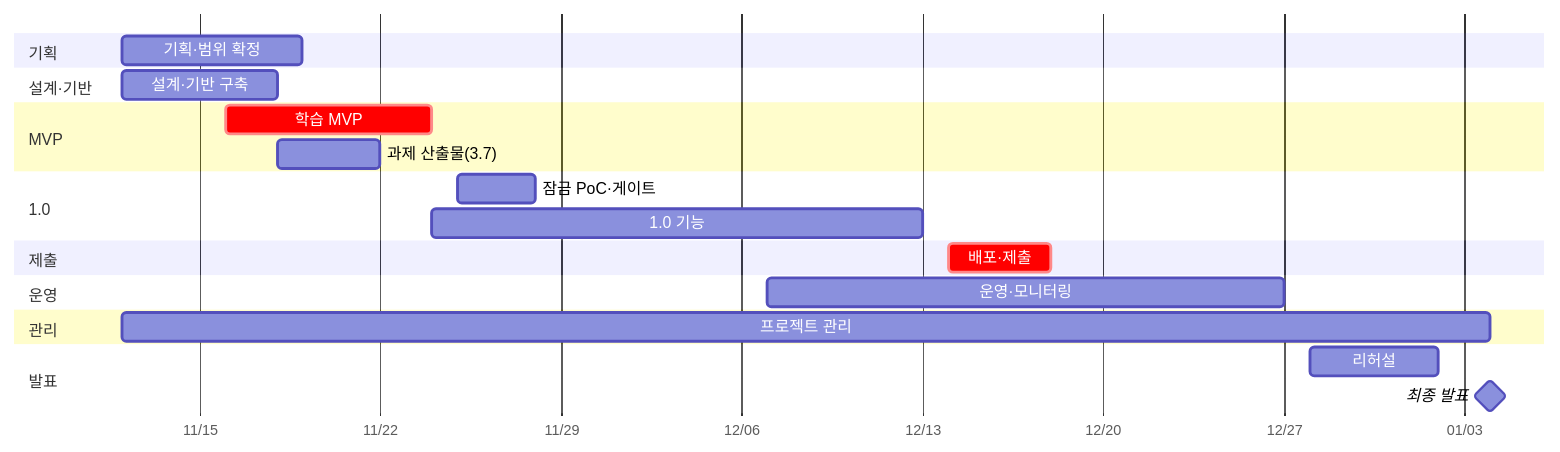
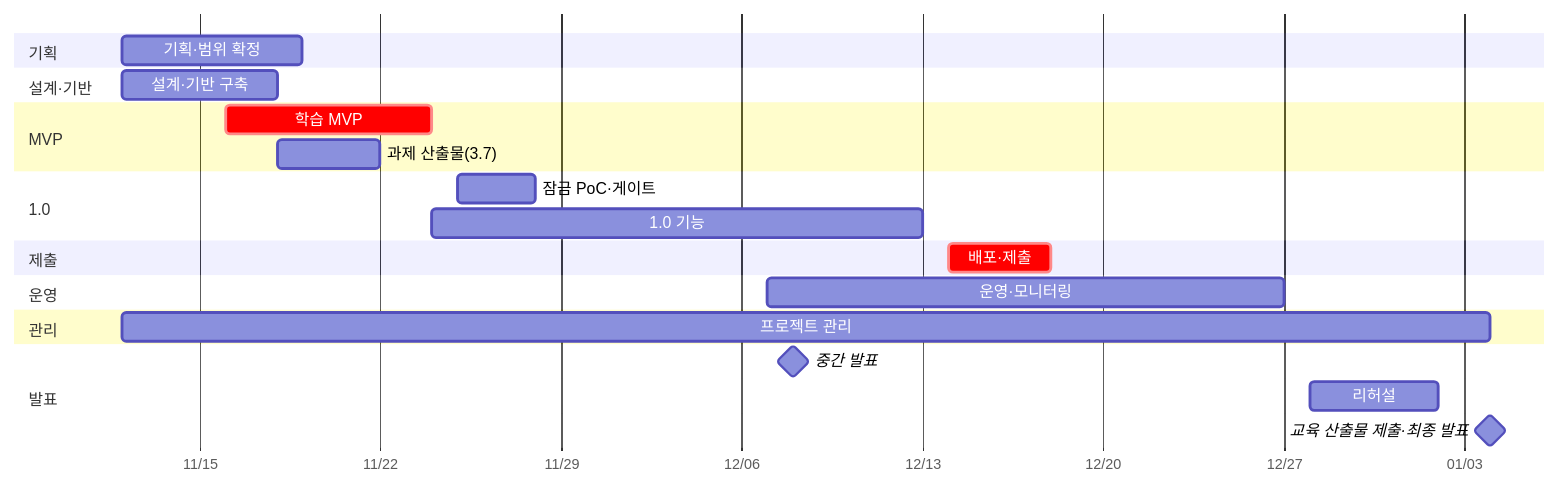
Before and after one commit to obhht2302-ctrl/AIO_team_04_final_project: the diagram in DOC/Step 1/WBS.md, drawn with Mermaid. The commit also changed other lines of this file and 3 other files, not shown here.

````diff
--- a/DOC/Step 1/WBS.md
+++ b/DOC/Step 1/WBS.md
@@ -205,24 +206,25 @@
 ```mermaid
 gantt
   dateFormat YYYY-MM-DD
   axisFormat %m/%d
   section 기획
   기획·범위 확정        :a1, 2026-11-12, 2026-11-19
   section 설계·기반
   설계·기반 구축         :a2, 2026-11-12, 2026-11-18
   section MVP
   학습 MVP              :crit, a3, 2026-11-16, 2026-11-24
   과제 산출물(3.7)       :a3b, 2026-11-18, 2026-11-22
   section 1.0
   잠금 PoC·게이트        :a4a, 2026-11-25, 2026-11-28
   1.0 기능              :a4, 2026-11-24, 2026-12-13
   section 제출
   배포·제출              :crit, a5, 2026-12-14, 2026-12-18
   section 운영
   운영·모니터링          :a6, 2026-12-07, 2026-12-27
   section 관리
   프로젝트 관리          :a7, 2026-11-12, 2027-01-04
   section 발표
+  중간 발표              :milestone, amp, 2026-12-08, 0d
   리허설                :a8, 2026-12-28, 2027-01-02
-  최종 발표              :milestone, a9, 2027-01-04, 0d
+  교육 산출물 제출·최종 발표 :milestone, a9, 2027-01-04, 0d
 ```
````
